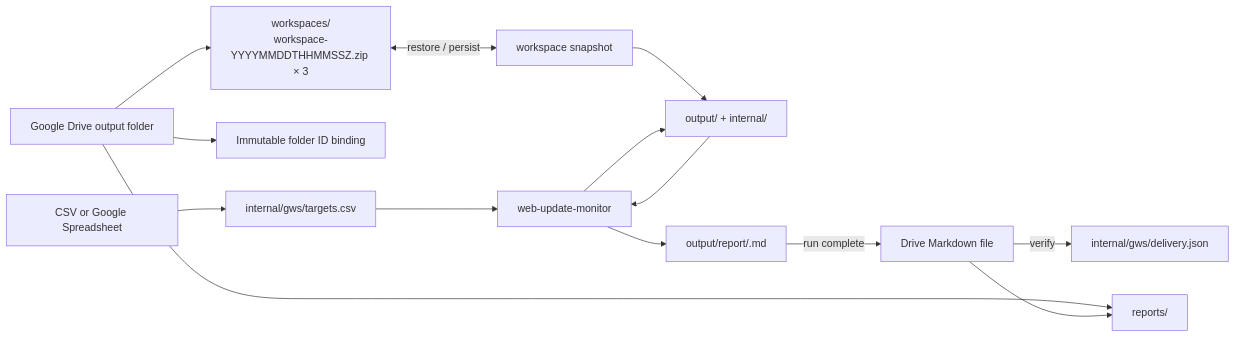
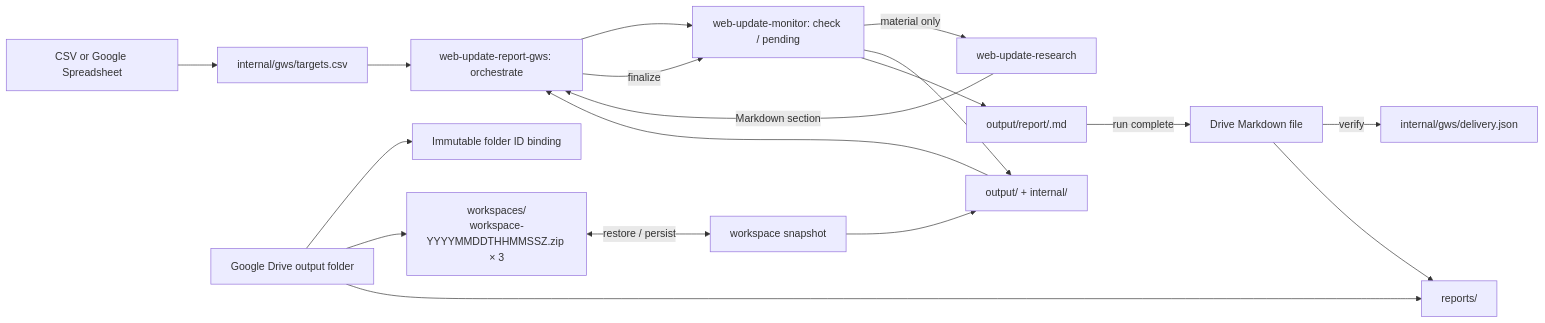
One commit to dceoy/wsum changed the first of 2 diagrams in README.md. Above: the diagram before and after it, drawn with Mermaid. The commit also changed other lines of this file and 14 other files, not shown here.

Commit message:
feat(skills): orchestrate monitoring and research in web-update-report-gws (#65)

````diff
--- a/README.md
+++ b/README.md
@@ -23,16 +23,20 @@
 ```mermaid
 flowchart LR
     GS["CSV or Google Spreadsheet"] --> CSV["internal/gws/targets.csv"]
     DP["Google Drive output folder"] --> B["Immutable folder ID binding"]
     DP --> DS["workspaces/<br/>workspace-YYYYMMDDTHHMMSSZ.zip × 3"]
     DP --> DR["reports/"]
     DS <-->|restore / persist| WS["workspace snapshot"]
     WS --> WORKSPACE["output/ + internal/"]
-    CSV --> CORE["web-update-monitor"]
-    WORKSPACE --> CORE
+    CSV --> ORCH["web-update-report-gws: orchestrate"]
+    WORKSPACE --> ORCH
+    ORCH --> CORE["web-update-monitor: check / pending"]
+    CORE -->|material only| RESEARCH["web-update-research"]
+    RESEARCH -->|Markdown section| ORCH
+    ORCH -->|finalize| CORE
     CORE --> WORKSPACE
     CORE --> REPORT["output/report/<run-id>.md"]
     REPORT -->|run complete| GMD["Drive Markdown file"]
     GMD -->|verify| DELIVERY["internal/gws/delivery.json"]
     GMD --> DR
 ```
````
